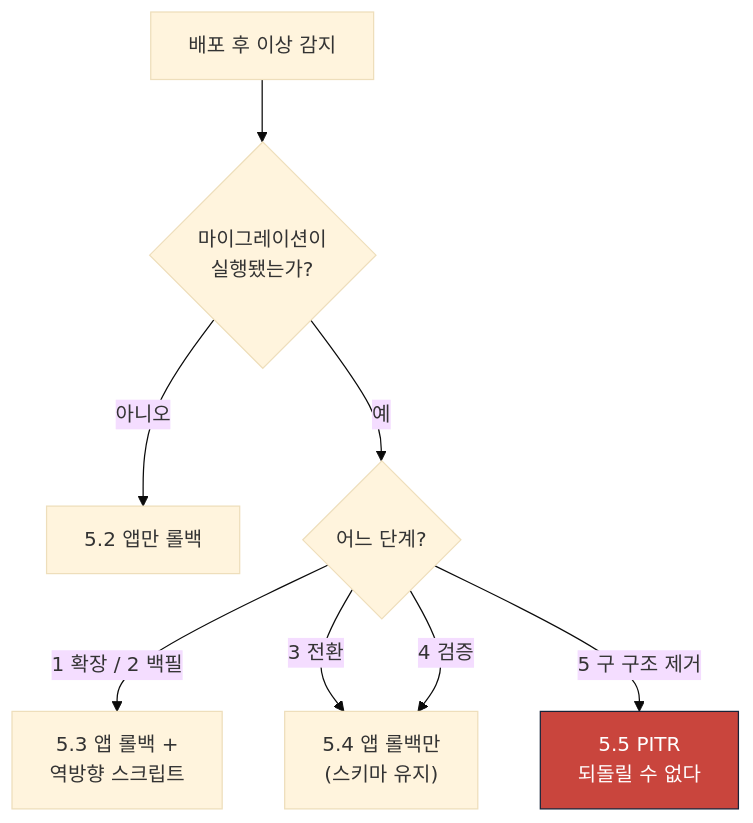
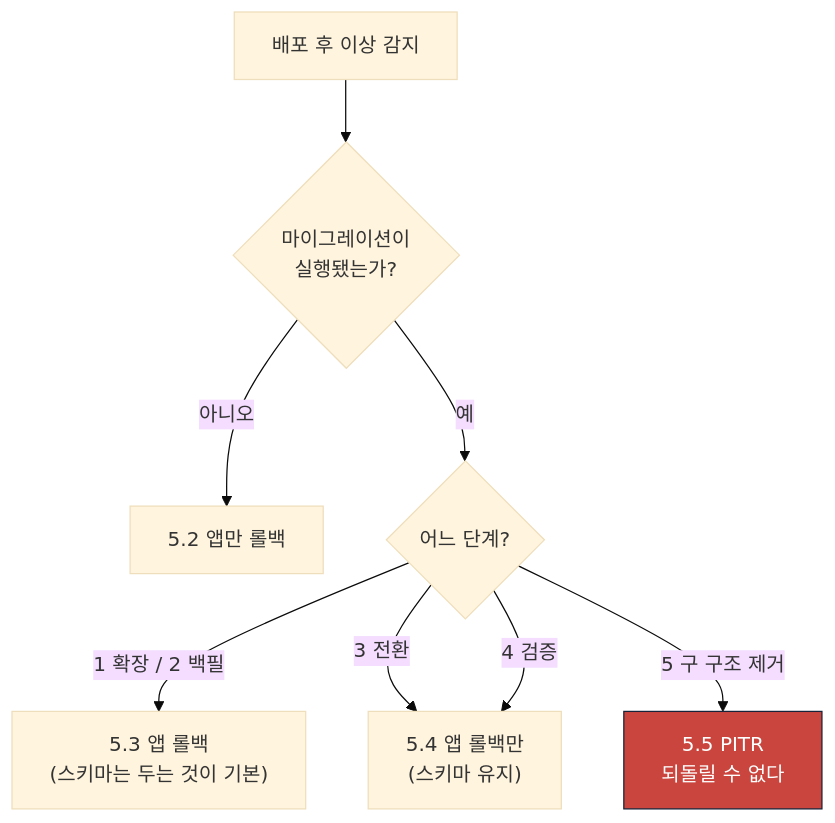
The diagram in docs/runbooks/14-deploy-migration-rollback.md (chrismathone/Sumaek), drawn with Mermaid (base theme) before and after one commit. The commit also changed other lines of this file and 5 other files, not shown here.

````diff
--- a/docs/runbooks/14-deploy-migration-rollback.md
+++ b/docs/runbooks/14-deploy-migration-rollback.md
@@ -196,13 +343,13 @@
 ```mermaid
 flowchart TB
     D["배포 후 이상 감지"] --> Q1{"마이그레이션이<br/>실행됐는가?"}
     Q1 -->|아니오| A["5.2 앱만 롤백"]
     Q1 -->|예| Q2{"어느 단계?"}
-    Q2 -->|"1 확장 / 2 백필"| B["5.3 앱 롤백 +<br/>역방향 스크립트"]
+    Q2 -->|"1 확장 / 2 백필"| B["5.3 앱 롤백<br/>(스키마는 두는 것이 기본)"]
     Q2 -->|"3 전환"| C["5.4 앱 롤백만<br/>(스키마 유지)"]
     Q2 -->|"4 검증"| C
     Q2 -->|"5 구 구조 제거"| E["5.5 PITR<br/>되돌릴 수 없다"]
 
     classDef danger fill:#C9453D,stroke:#162338,color:#FFFFFF
     class E danger
 ```
````
